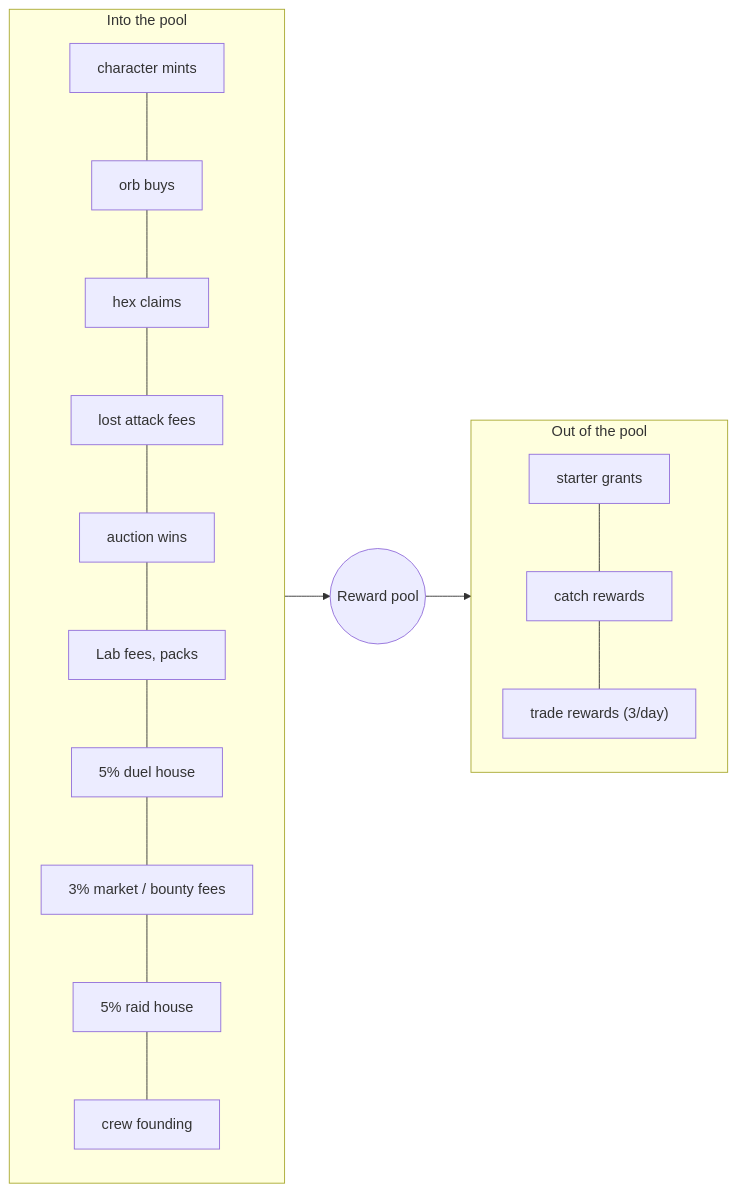
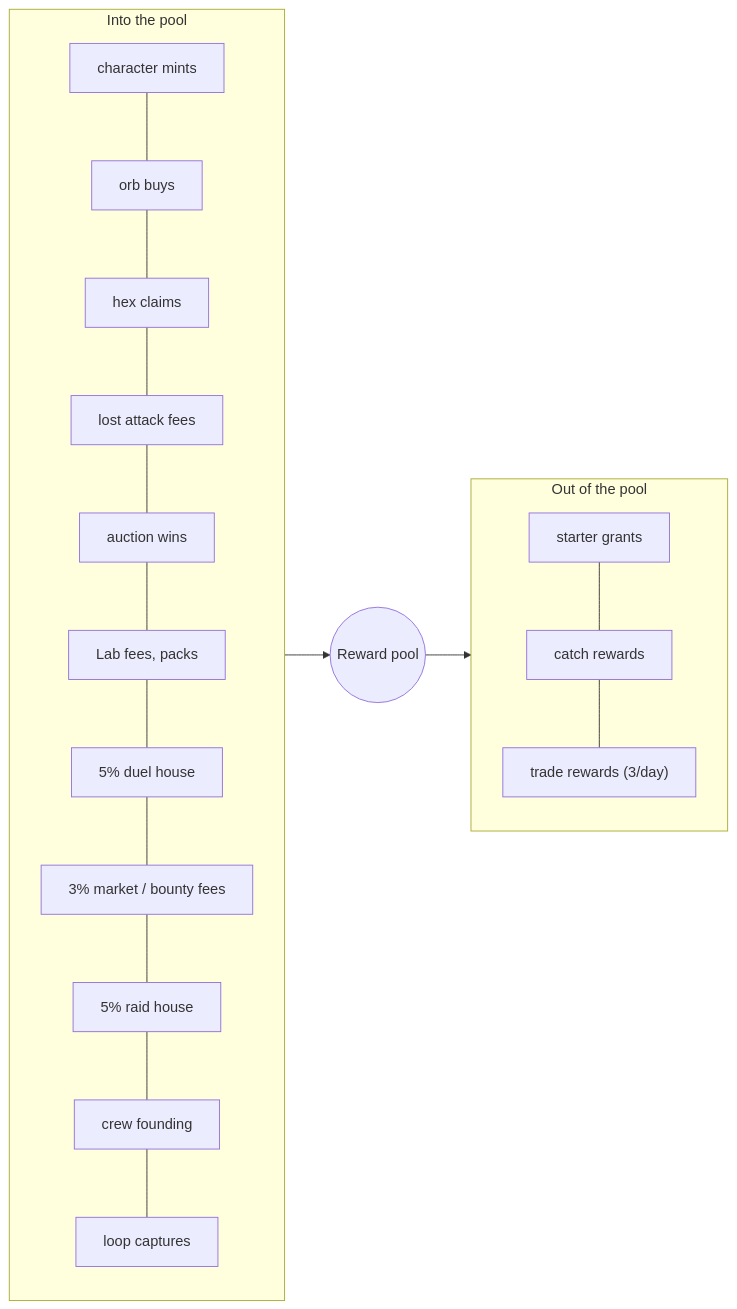
One commit to Srizdebnath/terrakin changed diagram 40 of 53 in README.md. Above: the diagram before and after it, drawn with Mermaid. The commit also changed other lines of this file and 43 other files, not shown here.

````diff
--- a/README.md
+++ b/README.md
@@ -761,11 +787,11 @@
 ```mermaid
 flowchart LR
   subgraph In["Into the pool"]
-    i1["character mints"] --- i2["orb buys"] --- i3["hex claims"] --- i4["lost attack fees"] --- i5["auction wins"] --- i6["Lab fees, packs"] --- i7["5% duel house"] --- i8["3% market / bounty fees"] --- i9["5% raid house"] --- i10["crew founding"]
+    i1["character mints"] --- i2["orb buys"] --- i3["hex claims"] --- i4["lost attack fees"] --- i5["auction wins"] --- i6["Lab fees, packs"] --- i7["5% duel house"] --- i8["3% market / bounty fees"] --- i9["5% raid house"] --- i10["crew founding"] --- i11["loop captures"]
   end
   POOL(("Reward pool"))
   subgraph Out["Out of the pool"]
     o1["starter grants"] --- o2["catch rewards"] --- o3["trade rewards (3/day)"]
   end
   In --> POOL --> Out
 ```
````
